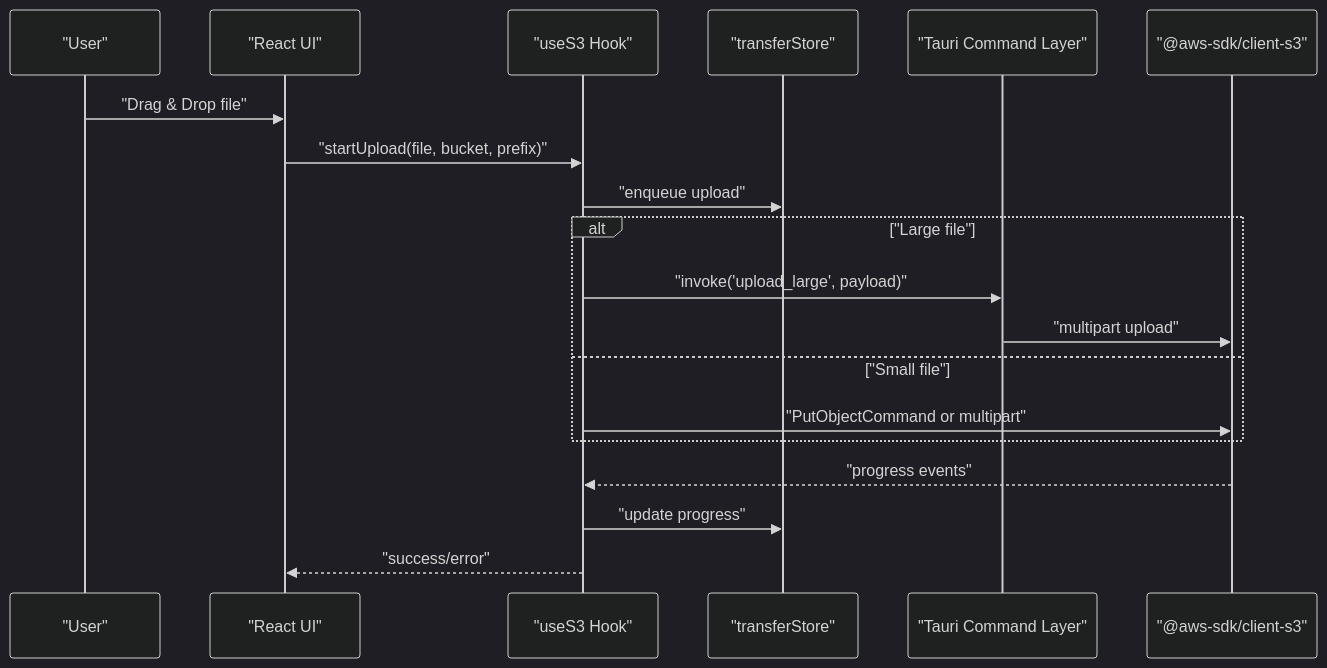
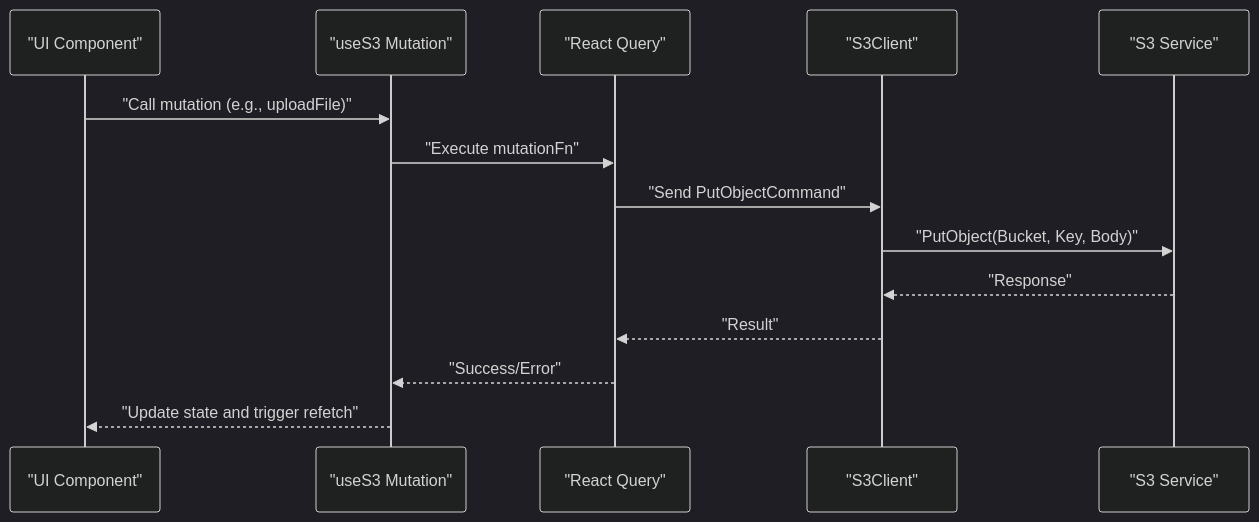
The second of 9 diagrams in .qoder/repowiki/en/content/Core Features/File Operations.md (nasrulhadi/s3-explorer), drawn with Mermaid (dark theme) before and after one commit. The commit also changed other lines of this file and 46 other files, not shown here.

````diff
--- a/.qoder/repowiki/en/content/Core Features/File Operations.md
+++ b/.qoder/repowiki/en/content/Core Features/File Operations.md
@@ -87,21 +107,16 @@
 ```mermaid
 sequenceDiagram
-participant User as "User"
-participant UI as "React UI"
-participant Hook as "useS3 Hook"
-participant Store as "transferStore"
-participant Tauri as "Tauri Command Layer"
-participant S3 as "@aws-sdk/client-s3"
-User->>UI : "Drag & Drop file"
-UI->>Hook : "startUpload(file, bucket, prefix)"
-Hook->>Store : "enqueue upload"
-alt "Large file"
-Hook->>Tauri : "invoke('upload_large', payload)"
-Tauri->>S3 : "multipart upload"
-else "Small file"
-Hook->>S3 : "PutObjectCommand or multipart"
-end
-S3-->>Hook : "progress events"
-Hook->>Store : "update progress"
-Hook-->>UI : "success/error"
+participant UI as "UI Component"
+participant Hook as "useS3 Mutation"
+participant Store as "React Query"
+participant Client as "S3Client"
+participant S3 as "S3 Service"
+UI->>Hook : "Call mutation (e.g., uploadFile)"
+Hook->>Store : "Execute mutationFn"
+Store->>Client : "Send PutObjectCommand"
+Client->>S3 : "PutObject(Bucket, Key, Body)"
+S3-->>Client : "Response"
+Client-->>Store : "Result"
+Store-->>Hook : "Success/Error"
+Hook-->>UI : "Update state and trigger refetch"
 ```
````
